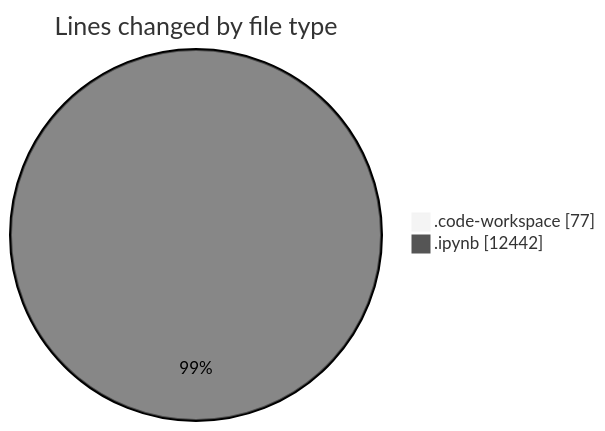
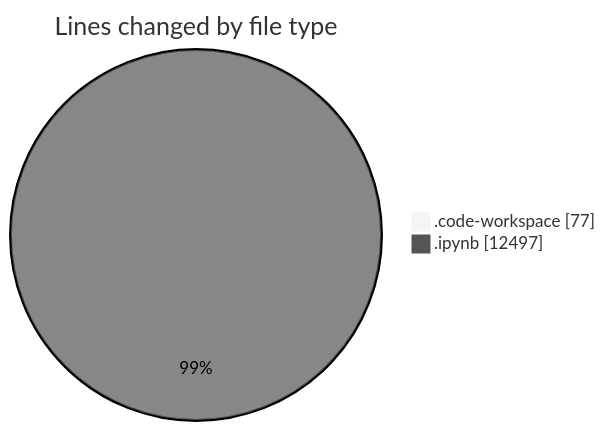
The first of 2 diagrams in 2025-03-14/myws__workspace_/README.md (MatusMokan/code-tracking), drawn with Mermaid (neutral theme) before and after one commit. The commit also changed other lines of this file and 1 other file, not shown here.

````diff
--- a/2025-03-14/myws__workspace_/README.md
+++ b/2025-03-14/myws__workspace_/README.md
@@ -21,6 +21,6 @@
 ```mermaid
 pie showData
 title Lines changed by file type
 ".code-workspace" : 77
-".ipynb" : 12442
+".ipynb" : 12497
 ```
````
